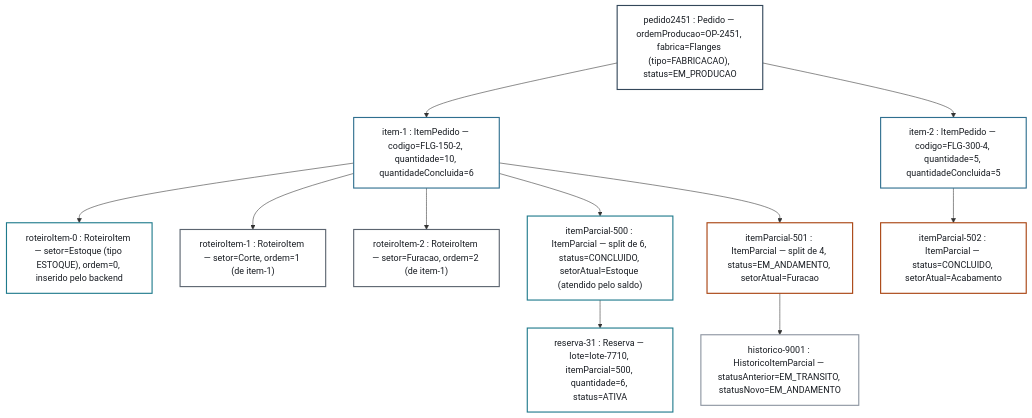
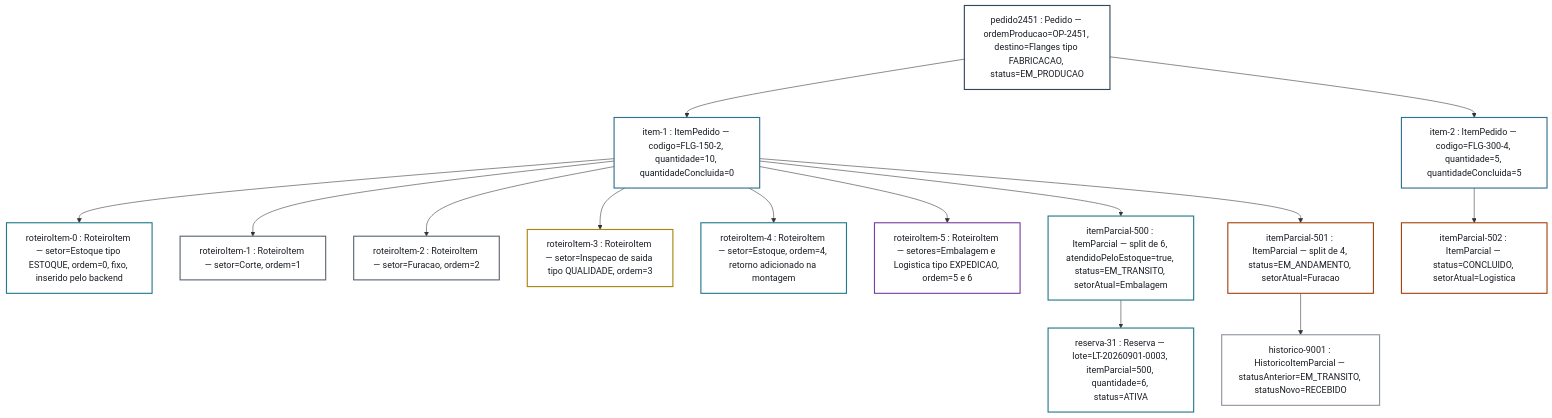
One commit to Acosvital/vault-avhub-mer changed diagram 25 of 28 in 04-Arquitetura-Transversal/Diagramas-UML.md. Above: the diagram before and after it, drawn with Mermaid. The commit also changed other lines of this file and 3 other files, not shown here.

Commit message:
docs(vault): atualiza UML, fluxograma de telas, encaixe estoque/revenda e anexo 0003 do contrato 33

````diff
--- a/04-Arquitetura-Transversal/Diagramas-UML.md
+++ b/04-Arquitetura-Transversal/Diagramas-UML.md
@@ -1533,37 +1572,46 @@
 ```mermaid
 flowchart TD
-    PED["pedido2451 : Pedido — ordemProducao=OP-2451, fabrica=Flanges (tipo=FABRICACAO), status=EM_PRODUCAO"]
-    IT1["item-1 : ItemPedido — codigo=FLG-150-2, quantidade=10, quantidadeConcluida=6"]
+    PED["pedido2451 : Pedido — ordemProducao=OP-2451, destino=Flanges tipo FABRICACAO, status=EM_PRODUCAO"]
+    IT1["item-1 : ItemPedido — codigo=FLG-150-2, quantidade=10, quantidadeConcluida=0"]
     IT2["item-2 : ItemPedido — codigo=FLG-300-4, quantidade=5, quantidadeConcluida=5"]
-    RI0["roteiroItem-0 : RoteiroItem — setor=Estoque (tipo ESTOQUE), ordem=0, inserido pelo backend"]
-    RI1["roteiroItem-1 : RoteiroItem — setor=Corte, ordem=1 (de item-1)"]
-    RI2["roteiroItem-2 : RoteiroItem — setor=Furacao, ordem=2 (de item-1)"]
-    IP0["itemParcial-500 : ItemParcial — split de 6, status=CONCLUIDO, setorAtual=Estoque (atendido pelo saldo)"]
-    RES["reserva-31 : Reserva — lote=lote-7710, itemParcial=500, quantidade=6, status=ATIVA"]
+    RI0["roteiroItem-0 : RoteiroItem — setor=Estoque tipo ESTOQUE, ordem=0, fixo, inserido pelo backend"]
+    RI1["roteiroItem-1 : RoteiroItem — setor=Corte, ordem=1"]
+    RI2["roteiroItem-2 : RoteiroItem — setor=Furacao, ordem=2"]
+    RI3["roteiroItem-3 : RoteiroItem — setor=Inspecao de saida tipo QUALIDADE, ordem=3"]
+    RI4["roteiroItem-4 : RoteiroItem — setor=Estoque, ordem=4, retorno adicionado na montagem"]
+    RI5["roteiroItem-5 : RoteiroItem — setores=Embalagem e Logistica tipo EXPEDICAO, ordem=5 e 6"]
+    IP0["itemParcial-500 : ItemParcial — split de 6, atendidoPeloEstoque=true, status=EM_TRANSITO, setorAtual=Embalagem"]
+    RES["reserva-31 : Reserva — lote=LT-20260901-0003, itemParcial=500, quantidade=6, status=ATIVA"]
     IP1["itemParcial-501 : ItemParcial — split de 4, status=EM_ANDAMENTO, setorAtual=Furacao"]
-    IP2["itemParcial-502 : ItemParcial — status=CONCLUIDO, setorAtual=Acabamento"]
-    HIST["historico-9001 : HistoricoItemParcial — statusAnterior=EM_TRANSITO, statusNovo=EM_ANDAMENTO"]
+    IP2["itemParcial-502 : ItemParcial — status=CONCLUIDO, setorAtual=Logistica"]
+    HIST["historico-9001 : HistoricoItemParcial — statusAnterior=EM_TRANSITO, statusNovo=RECEBIDO"]
 
     PED --> IT1
     PED --> IT2
     IT1 --> RI0
     IT1 --> RI1
     IT1 --> RI2
+    IT1 --> RI3
+    IT1 --> RI4
+    IT1 --> RI5
     IT1 --> IP0
     IT1 --> IP1
     IP0 --> RES
     IT2 --> IP2
     IP1 --> HIST
 
     style PED fill:#ffffff,stroke:#33475a,stroke-width:2px,color:#181c22
     style IT1 fill:#ffffff,stroke:#2f6f8f,stroke-width:2px,color:#181c22
     style IT2 fill:#ffffff,stroke:#2f6f8f,stroke-width:2px,color:#181c22
     style RI0 fill:#ffffff,stroke:#1f7a8c,stroke-width:2px,color:#181c22
+    style RI4 fill:#ffffff,stroke:#1f7a8c,stroke-width:2px,color:#181c22
+    style IP0 fill:#ffffff,stroke:#1f7a8c,stroke-width:2px,color:#181c22
+    style RES fill:#ffffff,stroke:#1f7a8c,stroke-width:2px,color:#181c22
     style RI1 fill:#ffffff,stroke:#5c6570,stroke-width:2px,color:#181c22
     style RI2 fill:#ffffff,stroke:#5c6570,stroke-width:2px,color:#181c22
-    style IP0 fill:#ffffff,stroke:#1f7a8c,stroke-width:2px,color:#181c22
-    style RES fill:#ffffff,stroke:#1f7a8c,stroke-width:2px,color:#181c22
+    style RI3 fill:#ffffff,stroke:#a8860f,stroke-width:2px,color:#181c22
+    style RI5 fill:#ffffff,stroke:#7a3f9e,stroke-width:2px,color:#181c22
     style IP1 fill:#ffffff,stroke:#a8420f,stroke-width:2px,color:#181c22
     style IP2 fill:#ffffff,stroke:#a8420f,stroke-width:2px,color:#181c22
     style HIST fill:#ffffff,stroke:#8d95a1,stroke-width:2px,color:#181c22
 ```
````
